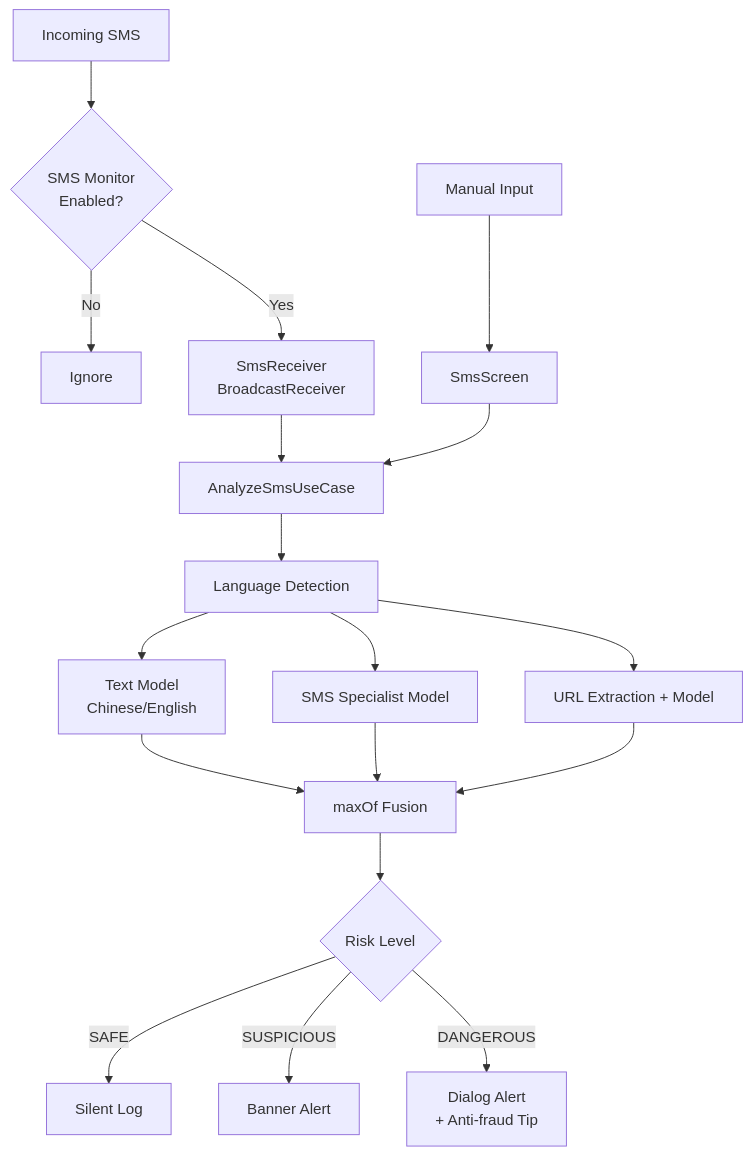
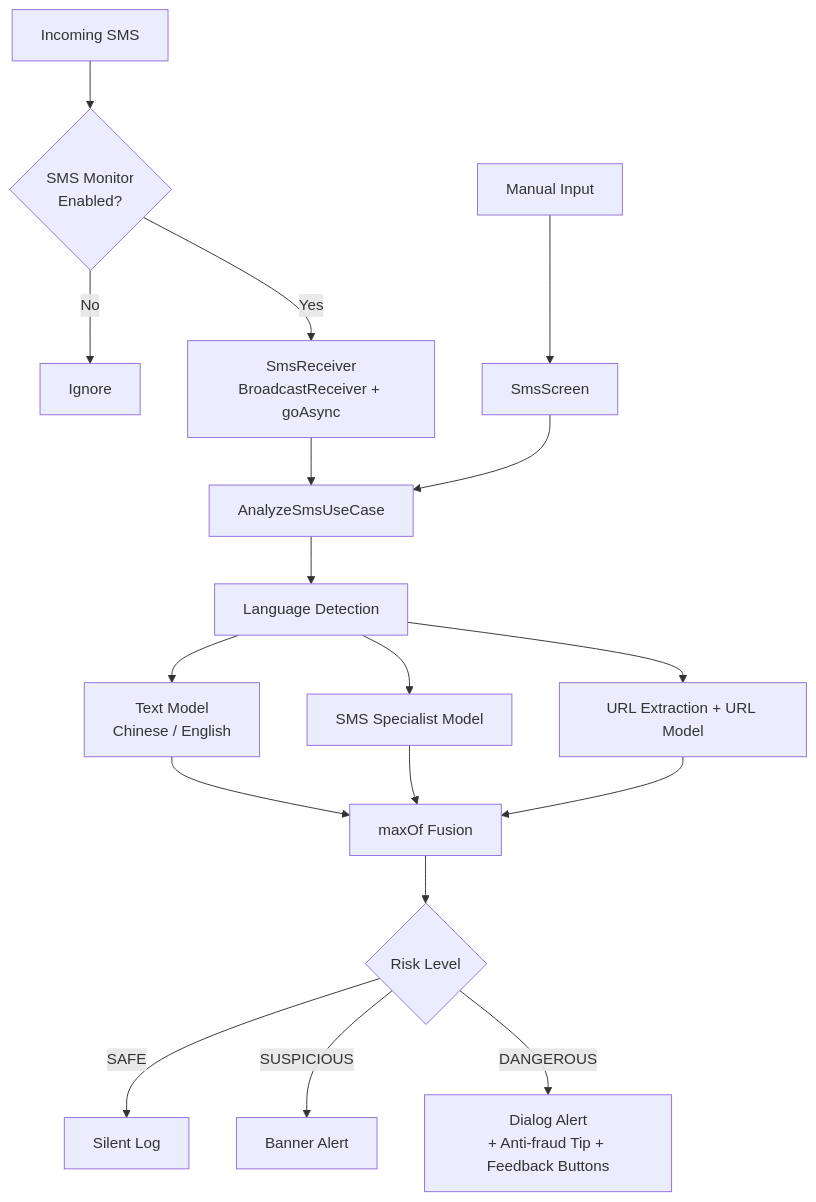
The third of 3 diagrams in README.md (Tianshang301/TianshangGuard), drawn with Mermaid before and after one commit. The commit also changed other lines of this file and 3 other files, not shown here.

````diff
--- a/README.md
+++ b/README.md
@@ -108,21 +147,21 @@
 ```mermaid
 flowchart TD
     A[Incoming SMS] --> B{SMS Monitor<br/>Enabled?}
     B -->|No| C[Ignore]
-    B -->|Yes| D[SmsReceiver<br/>BroadcastReceiver]
+    B -->|Yes| D[SmsReceiver<br/>BroadcastReceiver + goAsync]
     D --> E[AnalyzeSmsUseCase]
     E --> F[Language Detection]
-    F --> G[Text Model<br/>Chinese/English]
+    F --> G[Text Model<br/>Chinese / English]
     F --> H[SMS Specialist Model]
-    F --> I[URL Extraction + Model]
+    F --> I[URL Extraction + URL Model]
     G --> J[maxOf Fusion]
     H --> J
     I --> J
     J --> K{Risk Level}
     K -->|SAFE| L[Silent Log]
     K -->|SUSPICIOUS| M[Banner Alert]
-    K -->|DANGEROUS| N[Dialog Alert<br/>+ Anti-fraud Tip]
+    K -->|DANGEROUS| N[Dialog Alert<br/>+ Anti-fraud Tip + Feedback Buttons]
 
     O[Manual Input] --> P[SmsScreen]
     P --> E
 ```
````
